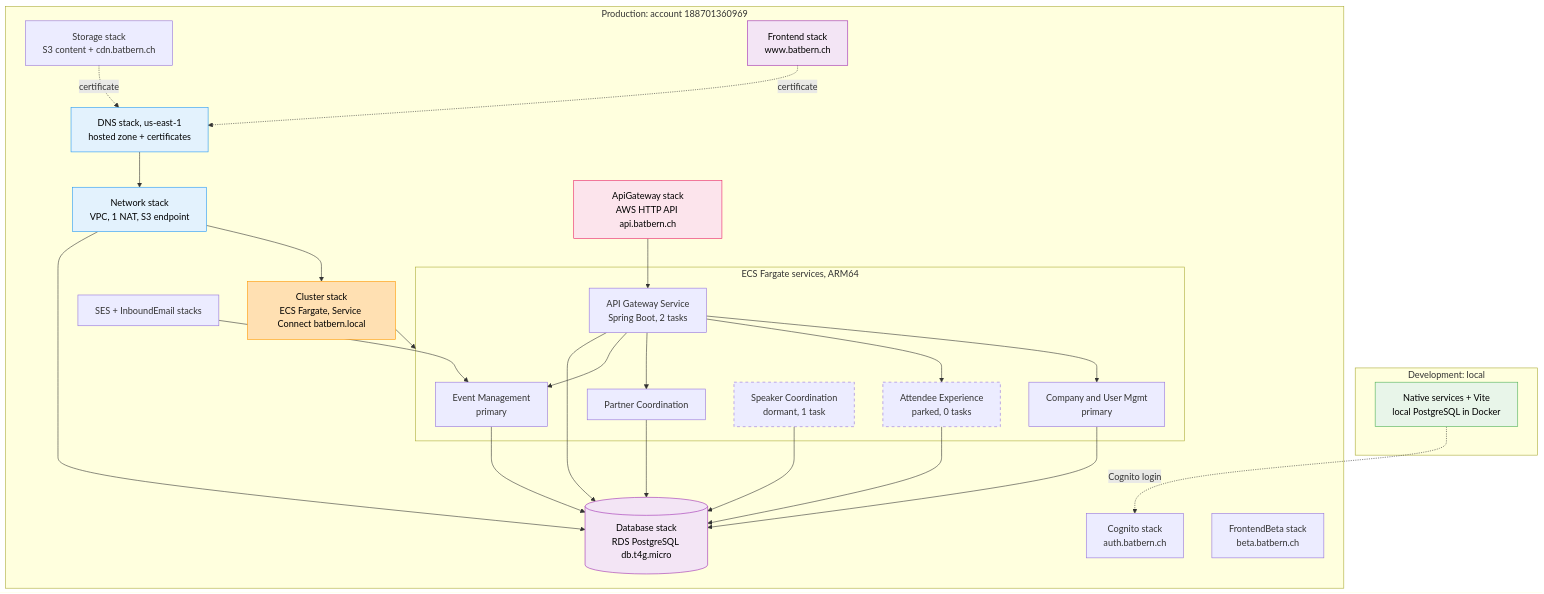
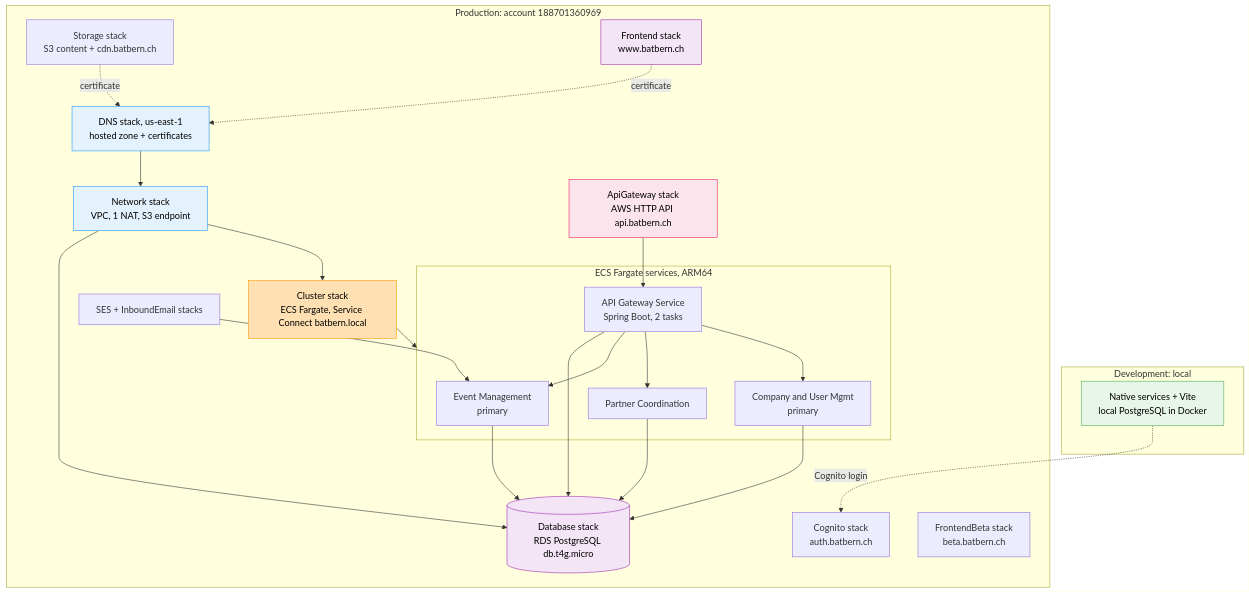
Before and after one commit to nissimbuchs/BATbern2: the fourth of 26 diagrams in docs/architecture/02-infrastructure-deployment.md, drawn with Mermaid. The commit also changed other lines of this file and 392 other files, not shown here.

First line of the commit message:
feat(architecture): Epic 17 first batch: test fidelity, dead surface removed, API and module gates (17.0a-17.5, 17.3b) (#1258)

````diff
--- a/docs/architecture/02-infrastructure-deployment.md
+++ b/docs/architecture/02-infrastructure-deployment.md
@@ -145,53 +146,49 @@
 ```mermaid
 graph TB
     subgraph DEVENV["Development: local"]
         DEV1["Native services + Vite<br/>local PostgreSQL in Docker"]
     end
 
     subgraph PRODENV["Production: account 188701360969"]
         DNS["DNS stack, us-east-1<br/>hosted zone + certificates"]
         NET["Network stack<br/>VPC, 1 NAT, S3 endpoint"]
         DB[("Database stack<br/>RDS PostgreSQL db.t4g.micro")]
         STOR["Storage stack<br/>S3 content + cdn.batbern.ch"]
         COG["Cognito stack<br/>auth.batbern.ch"]
         MAIL["SES + InboundEmail stacks"]
 
         CLUST["Cluster stack<br/>ECS Fargate, Service Connect batbern.local"]
 
         subgraph SVCS["ECS Fargate services, ARM64"]
             SVC1["Event Management<br/>primary"]
             SVC5["Company and User Mgmt<br/>primary"]
             SVC3["Partner Coordination"]
-            SVC2["Speaker Coordination<br/>dormant, 1 task"]
-            SVC4["Attendee Experience<br/>parked, 0 tasks"]
             APIGW["API Gateway Service<br/>Spring Boot, 2 tasks"]
         end
 
         API["ApiGateway stack<br/>AWS HTTP API api.batbern.ch"]
         FE["Frontend stack<br/>www.batbern.ch"]
         BETA["FrontendBeta stack<br/>beta.batbern.ch"]
 
         DNS --> NET
         NET --> DB
         NET --> CLUST
         STOR -.->|"certificate"| DNS
         FE -.->|"certificate"| DNS
         CLUST --> SVCS
-        SVC1 & SVC2 & SVC3 & SVC4 & SVC5 & APIGW --> DB
+        SVC1 & SVC3 & SVC5 & APIGW --> DB
         API --> APIGW
-        APIGW --> SVC1 & SVC3 & SVC4 & SVC5
+        APIGW --> SVC1 & SVC3 & SVC5
         MAIL --> SVC1
     end
 
     DEV1 -.->|"Cognito login"| COG
 
     style DEV1 fill:#E8F5E9,stroke:#4CAF50,color:#000
     style DNS fill:#E3F2FD,stroke:#2196F3,color:#000
     style NET fill:#E3F2FD,stroke:#2196F3,color:#000
     style DB fill:#F3E5F5,stroke:#9C27B0,color:#000
     style CLUST fill:#FFE0B2,stroke:#FF9800,color:#000
     style API fill:#FCE4EC,stroke:#E91E63,color:#000
     style FE fill:#F3E5F5,stroke:#9C27B0,color:#000
-    style SVC2 stroke-dasharray: 5 5
-    style SVC4 stroke-dasharray: 5 5
 ```
````
